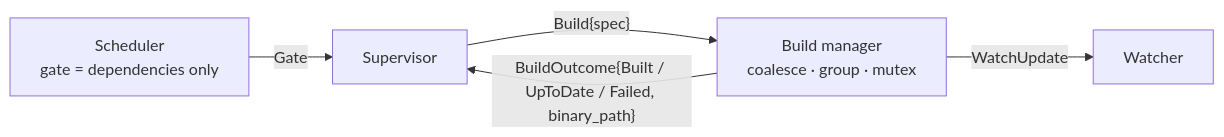
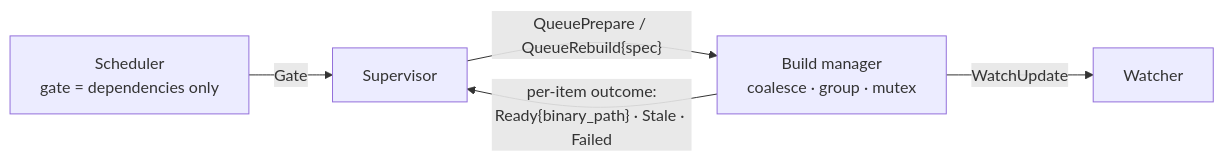
The fourth of 4 diagrams in docs/ownership.md (mcmullinboy15/don), drawn with Mermaid before and after one commit. The commit also changed other lines of this file and 2 other files, not shown here.

````diff
--- a/docs/ownership.md
+++ b/docs/ownership.md
@@ -197,7 +134,7 @@
 ```mermaid
 flowchart LR
     G["Scheduler<br/>gate = dependencies only"] -->|"Gate"| S
-    S["Supervisor"] -->|"Build{spec}"| M["Build manager<br/>coalesce · group · mutex"]
-    M -->|"BuildOutcome{Built / UpToDate / Failed, binary_path}"| S
+    S["Supervisor"] -->|"QueuePrepare / QueueRebuild{spec}"| M["Build manager<br/>coalesce · group · mutex"]
+    M -->|"per-item outcome:<br/>Ready{binary_path} · Stale · Failed"| S
     M -->|"WatchUpdate"| W["Watcher"]
 ```
````
